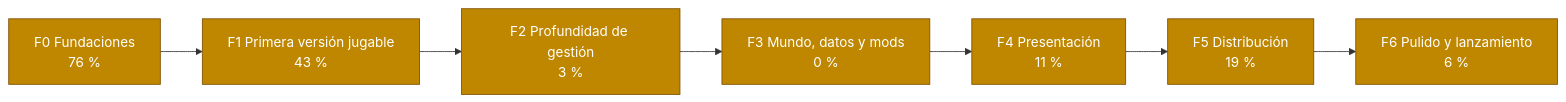
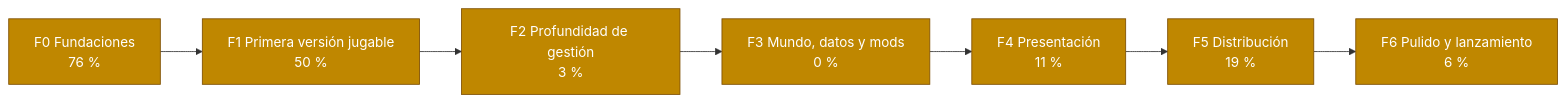
The second of 2 diagrams in docs/roadmap.md (dariogea/BM27), drawn with Mermaid before and after one commit. The commit also changed other lines of this file and 22 other files, not shown here.

````diff
--- a/docs/roadmap.md
+++ b/docs/roadmap.md
@@ -50,21 +50,21 @@
 ```mermaid
 flowchart LR
   F0["F0 Fundaciones<br/>76 %"]
-  F1["F1 Primera versión jugable<br/>43 %"]
+  F1["F1 Primera versión jugable<br/>50 %"]
   F2["F2 Profundidad de gestión<br/>3 %"]
   F3["F3 Mundo, datos y mods<br/>0 %"]
   F4["F4 Presentación<br/>11 %"]
   F5["F5 Distribución<br/>19 %"]
   F6["F6 Pulido y lanzamiento<br/>6 %"]
   F0 --> F1 --> F2 --> F3 --> F4 --> F5 --> F6
   classDef hecho fill:#2da44e,color:#fff,stroke:#1a7f37;
   classDef curso fill:#bf8700,color:#fff,stroke:#7d4e00;
   classDef pendiente fill:#eaeef2,color:#24292f,stroke:#8c959f;
   class F0 curso;
   class F1 curso;
   class F2 curso;
   class F3 curso;
   class F4 curso;
   class F5 curso;
   class F6 curso;
 ```
````
